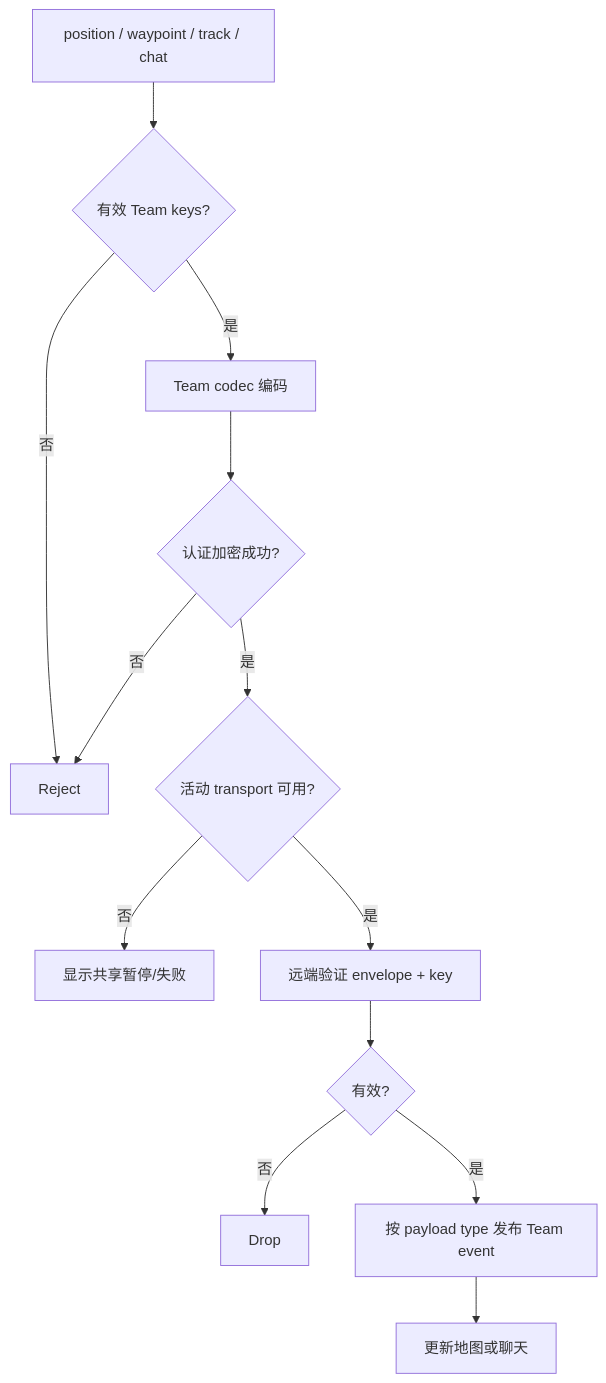
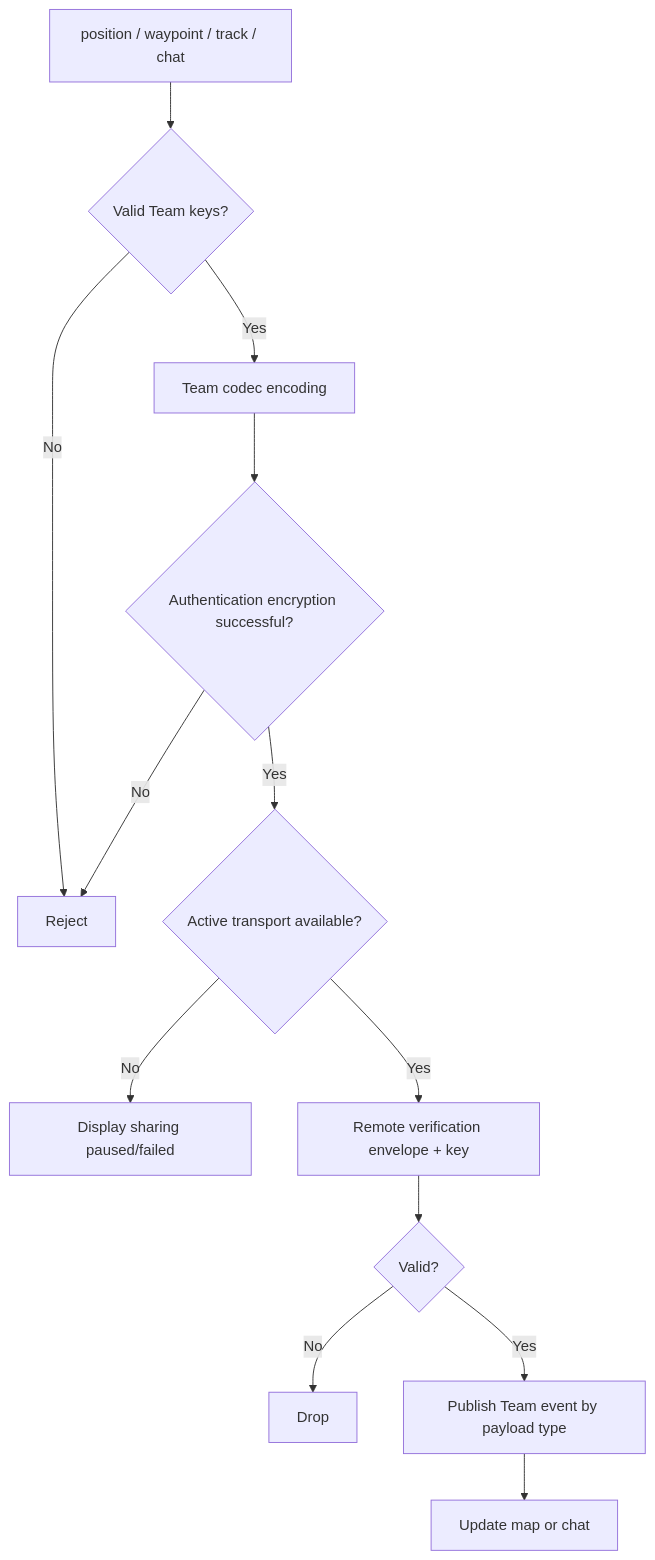
The diagram in docs/design/use-case-diagrams/share-team-situation/activity.md (manmuqingshan/trail-mate), drawn with Mermaid before and after one commit. The commit also changed other lines of this file and 527 other files, not shown here.

````diff
--- a/docs/design/use-case-diagrams/share-team-situation/activity.md
+++ b/docs/design/use-case-diagrams/share-team-situation/activity.md
@@ -2,15 +2,15 @@
 ```mermaid
 flowchart TD
-  Intent["position / waypoint / track / chat"] --> Keys{"有效 Team keys?"}
-  Keys -- 否 --> Reject
-  Keys -- 是 --> Encode["Team codec 编码"]
-  Encode --> Encrypt{"认证加密成功?"}
-  Encrypt -- 否 --> Reject
-  Encrypt -- 是 --> Send{"活动 transport 可用?"}
-  Send -- 否 --> Paused["显示共享暂停/失败"]
-  Send -- 是 --> Remote["远端验证 envelope + key"]
-  Remote --> Valid{"有效?"}
-  Valid -- 否 --> Drop
-  Valid -- 是 --> Dispatch["按 payload type 发布 Team event"]
-  Dispatch --> Projection["更新地图或聊天"]
+ Intent["position / waypoint / track / chat"] --> Keys{"Valid Team keys?"}
+ Keys -- No --> Reject
+ Keys -- Yes --> Encode["Team codec encoding"]
+ Encode --> Encrypt{"Authentication encryption successful?"}
+ Encrypt -- No --> Reject
+ Encrypt -- Yes --> Send{"Active transport available?"}
+ Send -- No --> Paused["Display sharing paused/failed"]
+ Send -- Yes --> Remote["Remote verification envelope + key"]
+ Remote --> Valid{"Valid?"}
+ Valid -- No --> Drop
+ Valid -- Yes --> Dispatch["Publish Team event by payload type"]
+ Dispatch --> Projection["Update map or chat"]
 ```
````
